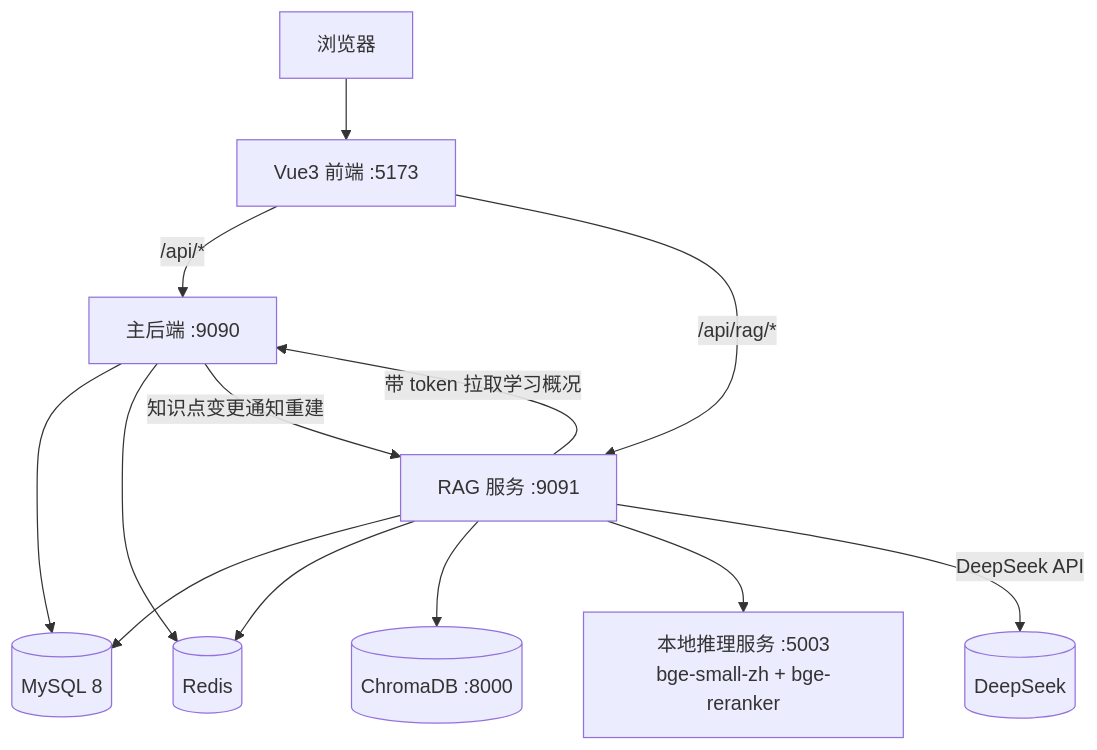
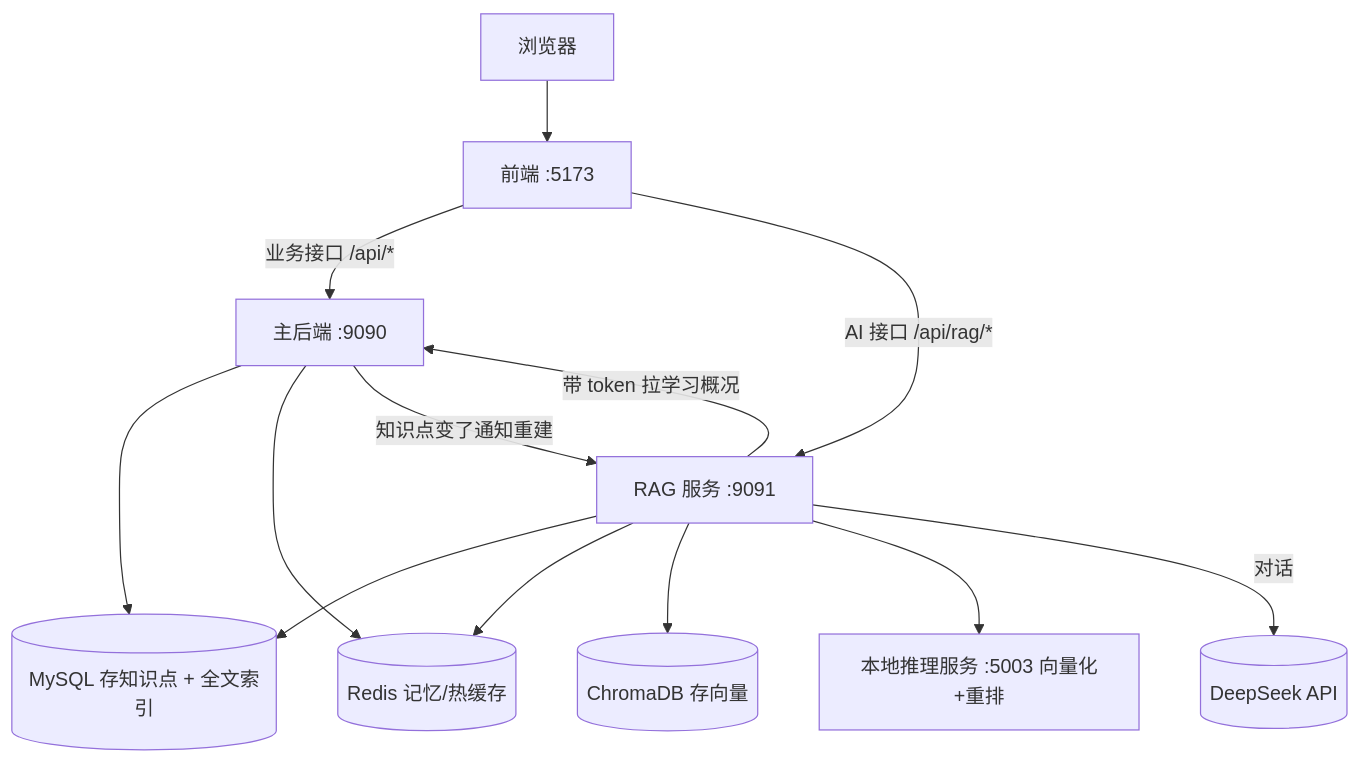
The diagram in docs/完整项目资料.md (llAA-LL/smart-learn-stream), drawn with Mermaid before and after one commit. The commit also changed other lines of this file, not shown here.

````diff
--- a/docs/完整项目资料.md
+++ b/docs/完整项目资料.md
@@ -43,16 +254,15 @@
 ```mermaid
 graph TD
-    U[浏览器] --> F[Vue3 前端 :5173]
-    F -->|/api/*| B[主后端 :9090]
-    F -->|/api/rag/*| R[RAG 服务 :9091]
-
-    B --> M[(MySQL 8)]
-    B --> D[(Redis)]
-    B -->|知识点变更通知重建| R
-    R --> M
-    R --> D
-    R --> C[(ChromaDB :8000)]
-    R --> E[本地推理服务 :5003<br/>bge-small-zh + bge-reranker]
-    R -->|DeepSeek API| LLM[(DeepSeek)]
-    R -->|带 token 拉取学习概况| B
+    U[浏览器] --> F[前端 :5173]
+    F -->|业务接口 /api/*| B[主后端 :9090]
+    F -->|AI 接口 /api/rag/*| R[RAG 服务 :9091]
+    B --> M[(MySQL 存业务数据)]
+    B --> D[(Redis 缓存/锁/限流)]
+    B -->|知识点变了通知重建| R
+    R --> M[(MySQL 存知识点 + 全文索引)]
+    R --> D[(Redis 记忆/热缓存)]
+    R --> C[(ChromaDB 存向量)]
+    R --> E[本地推理服务 :5003 向量化+重排]
+    R -->|对话| LLM[(DeepSeek API)]
+    R -->|带 token 拉学习概况| B
 ```
````
